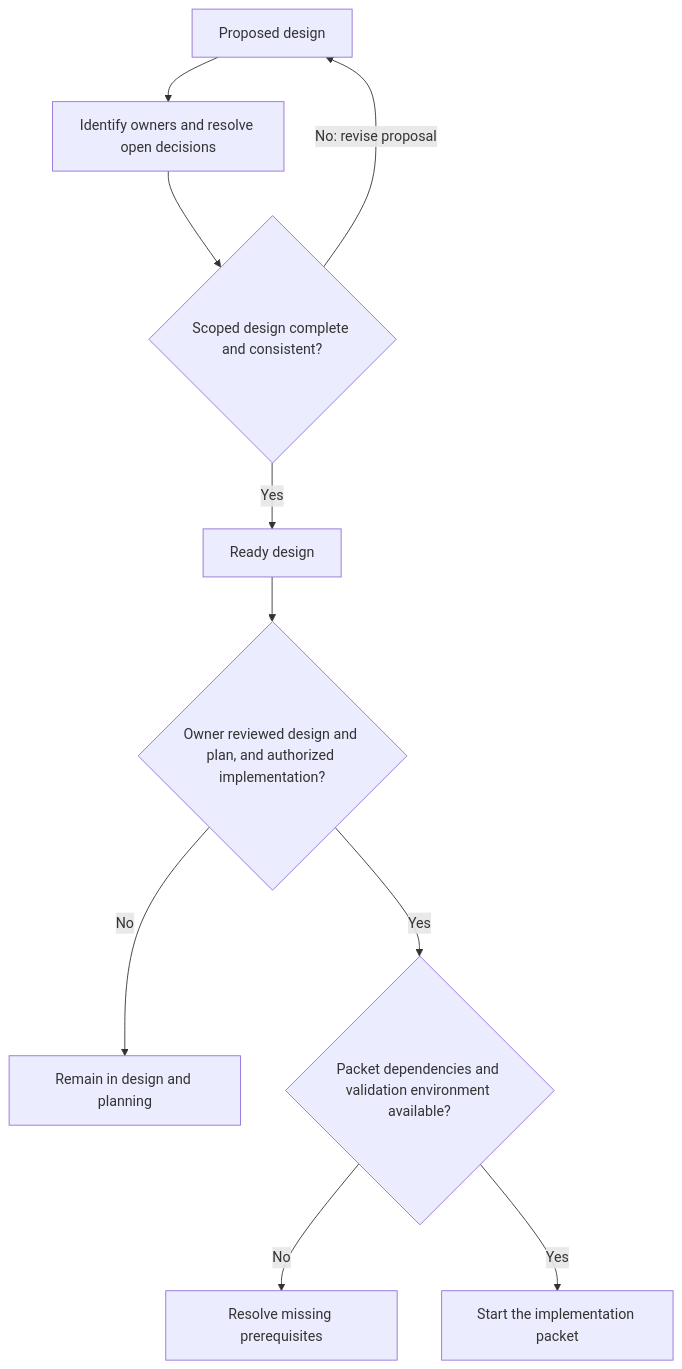
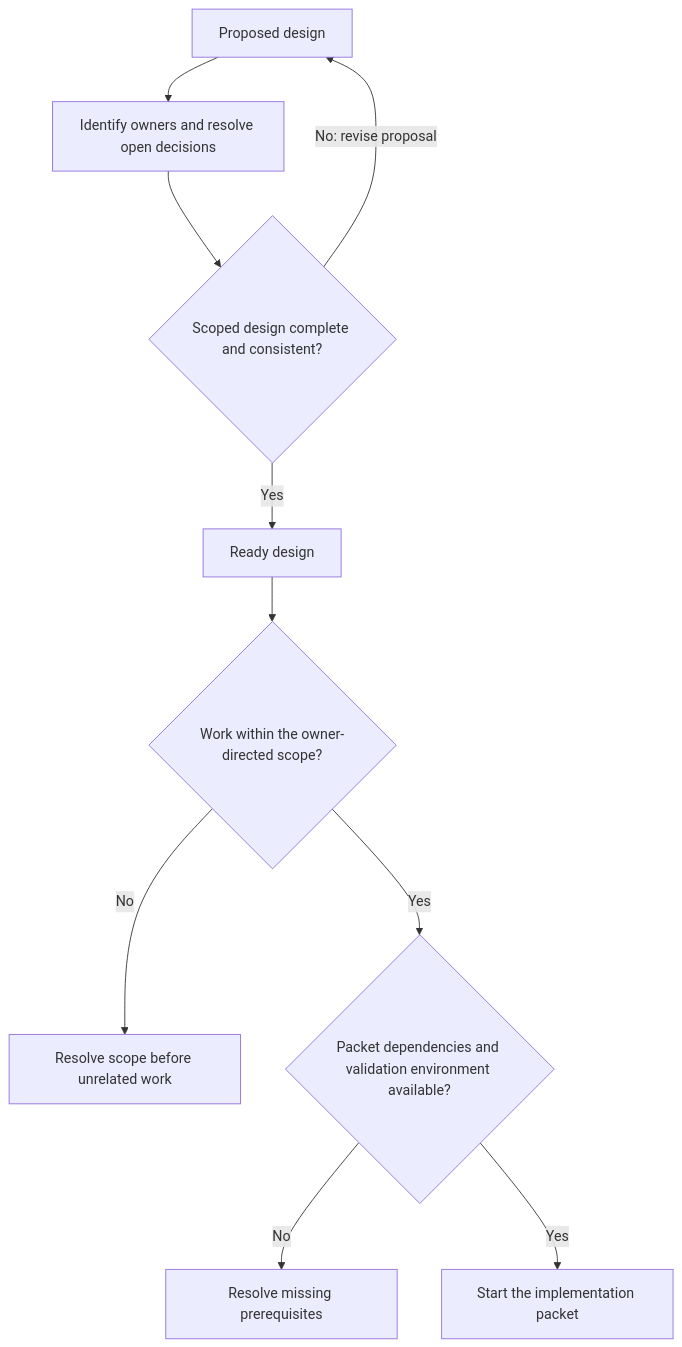
The first of 2 diagrams in docs/design-process.md (pidster/asura), drawn with Mermaid before and after one commit. The commit also changed other lines of this file and 246 other files, not shown here.

````diff
--- a/docs/design-process.md
+++ b/docs/design-process.md
@@ -106,12 +149,12 @@
 ```mermaid
 flowchart TD
     Proposed["Proposed design"] --> Investigating["Identify owners and resolve open decisions"]
     Investigating --> Check{"Scoped design complete and consistent?"}
     Check -->|No: revise proposal| Proposed
     Check -->|Yes| Ready["Ready design"]
-    Ready --> Review{"Owner reviewed design and plan, and authorized implementation?"}
-    Review -->|No| Hold["Remain in design and planning"]
+    Ready --> Review{"Work within the owner-directed scope?"}
+    Review -->|No| Hold["Resolve scope before unrelated work"]
     Review -->|Yes| Prereq{"Packet dependencies and validation environment available?"}
     Prereq -->|No| Wait["Resolve missing prerequisites"]
     Prereq -->|Yes| Implementing["Start the implementation packet"]
 ```
````
